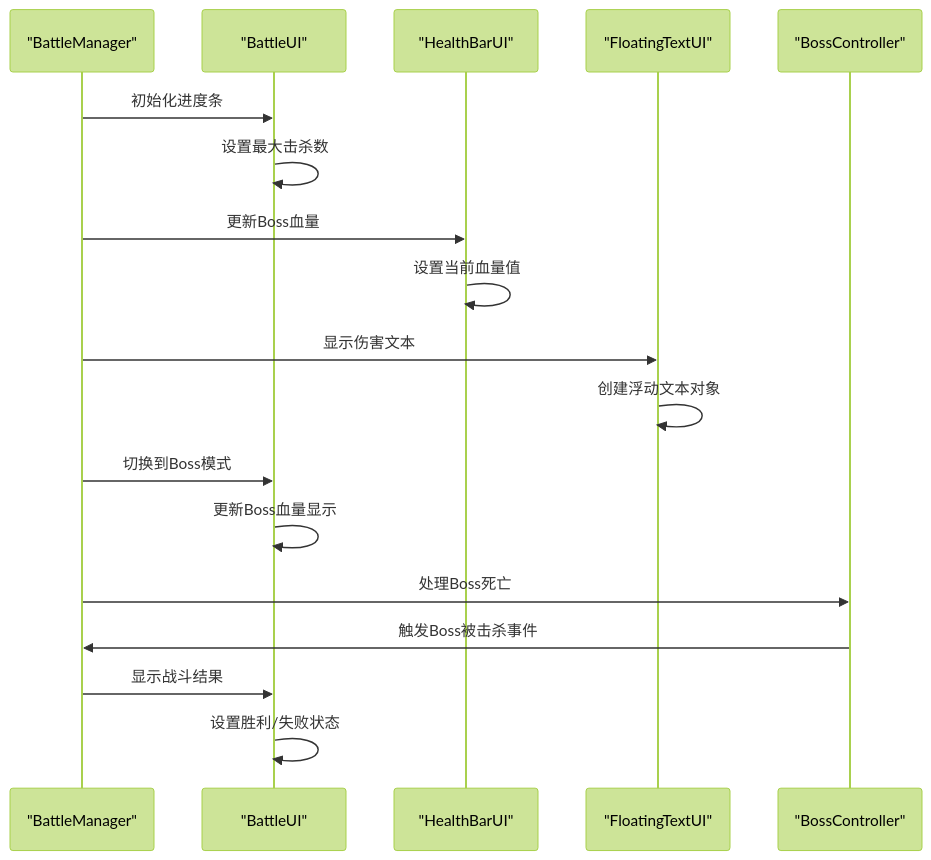
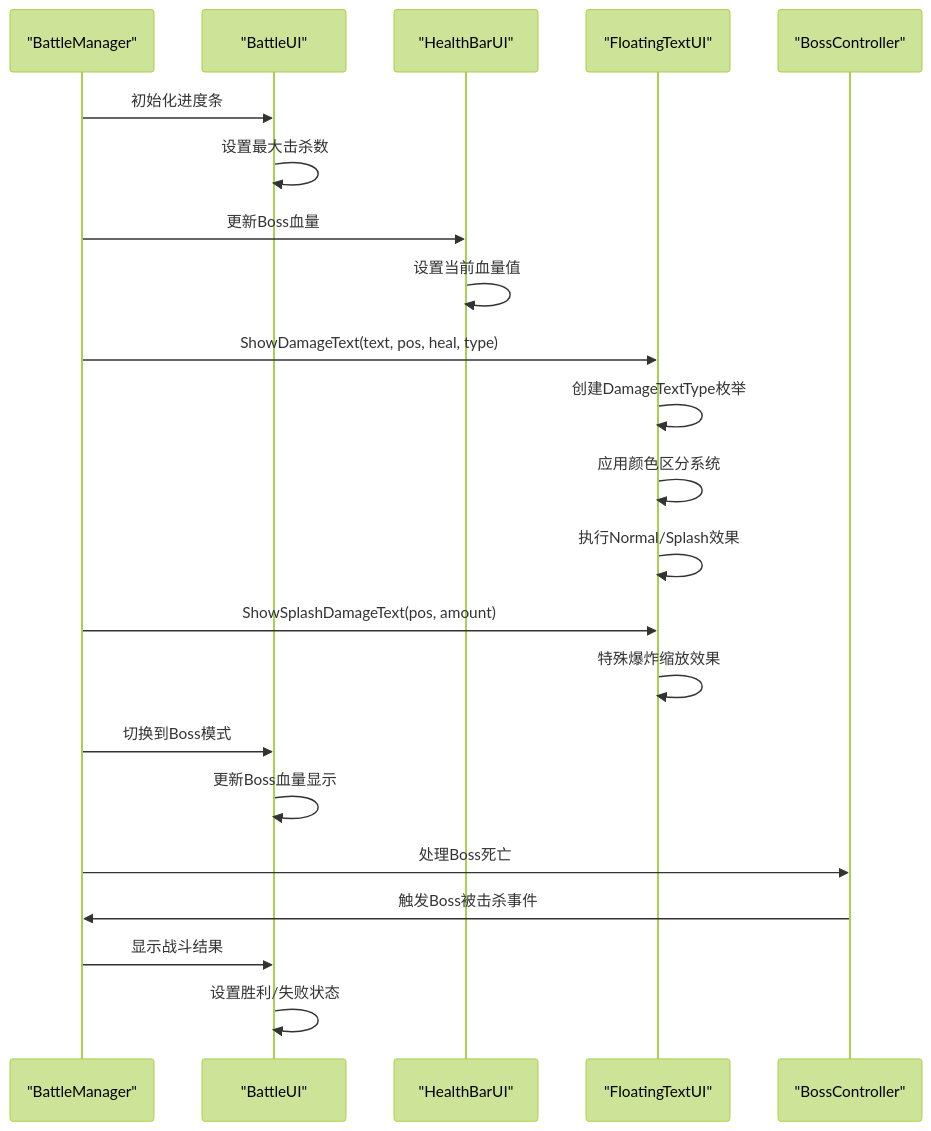
Before and after one commit to Tuusen/p1_client: the second of 8 diagrams in .qoder/repowiki/zh/content/用户界面系统/战斗界面系统.md, drawn with Mermaid (forest theme). The commit also changed other lines of this file and 9 other files, not shown here.

````diff
--- a/.qoder/repowiki/zh/content/用户界面系统/战斗界面系统.md
+++ b/.qoder/repowiki/zh/content/用户界面系统/战斗界面系统.md
@@ -112,20 +126,24 @@
 ```mermaid
 sequenceDiagram
 participant BM as "BattleManager"
 participant BU as "BattleUI"
 participant HT as "HealthBarUI"
 participant FT as "FloatingTextUI"
 participant BC as "BossController"
 BM->>BU : 初始化进度条
 BU->>BU : 设置最大击杀数
 BM->>HT : 更新Boss血量
 HT->>HT : 设置当前血量值
-BM->>FT : 显示伤害文本
-FT->>FT : 创建浮动文本对象
+BM->>FT : ShowDamageText(text, pos, heal, type)
+FT->>FT : 创建DamageTextType枚举
+FT->>FT : 应用颜色区分系统
+FT->>FT : 执行Normal/Splash效果
+BM->>FT : ShowSplashDamageText(pos, amount)
+FT->>FT : 特殊爆炸缩放效果
 BM->>BU : 切换到Boss模式
 BU->>BU : 更新Boss血量显示
 BM->>BC : 处理Boss死亡
 BC->>BM : 触发Boss被击杀事件
 BM->>BU : 显示战斗结果
 BU->>BU : 设置胜利/失败状态
 ```
````
